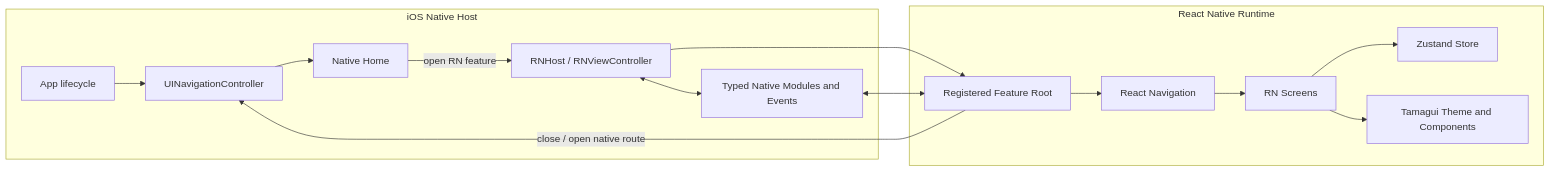
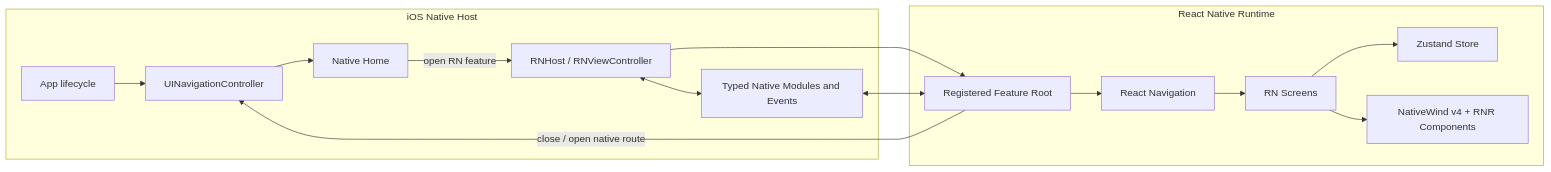
The diagram in docs/app-initialization-plan.md (junqing258/ody-app), drawn with Mermaid before and after one commit. The commit also changed other lines of this file and 64 other files, not shown here.

````diff
--- a/docs/app-initialization-plan.md
+++ b/docs/app-initialization-plan.md
@@ -55,26 +55,26 @@
 ```mermaid
 flowchart LR
   subgraph IOS["iOS Native Host"]
     APP["App lifecycle"]
     NAV["UINavigationController"]
     HOME["Native Home"]
     HOST["RNHost / RNViewController"]
     BRIDGE["Typed Native Modules and Events"]
   end
 
   subgraph RN["React Native Runtime"]
     ROOT["Registered Feature Root"]
     ROUTER["React Navigation"]
     SCREEN["RN Screens"]
     STORE["Zustand Store"]
-    UI["Tamagui Theme and Components"]
+    UI["NativeWind v4 + RNR Components"]
   end
 
   APP --> NAV --> HOME
   HOME -->|"open RN feature"| HOST
   HOST --> ROOT --> ROUTER --> SCREEN
   SCREEN --> STORE
   SCREEN --> UI
   HOST <--> BRIDGE <--> ROOT
   ROOT -->|"close / open native route"| NAV
 ```
````
